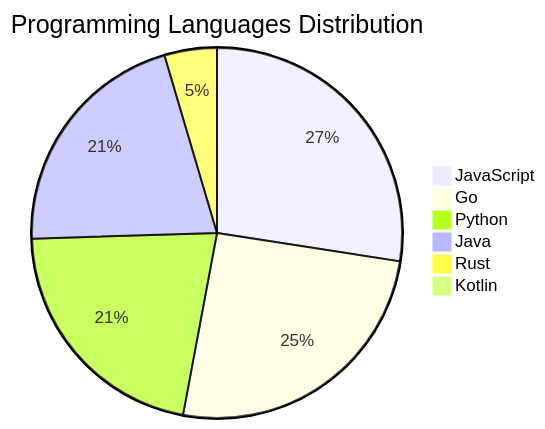
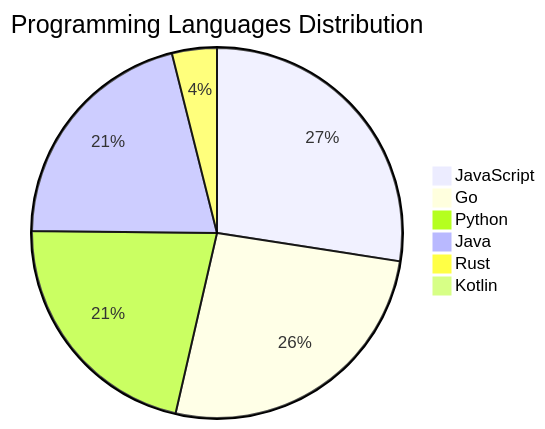
The diagram in README.md (Derrick-MUGISHA/github-activity-bot), drawn with Mermaid before and after one commit. The commit also changed other lines of this file and 4 other files, not shown here.

````diff
--- a/README.md
+++ b/README.md
@@ -206,9 +206,9 @@
 ```mermaid
 pie title Programming Languages Distribution
     "JavaScript" : 42
-    "Go" : 39
+    "Go" : 40
     "Python" : 33
     "Java" : 32
-    "Rust" : 7
+    "Rust" : 6
     "Kotlin" : 1
 ```
````
